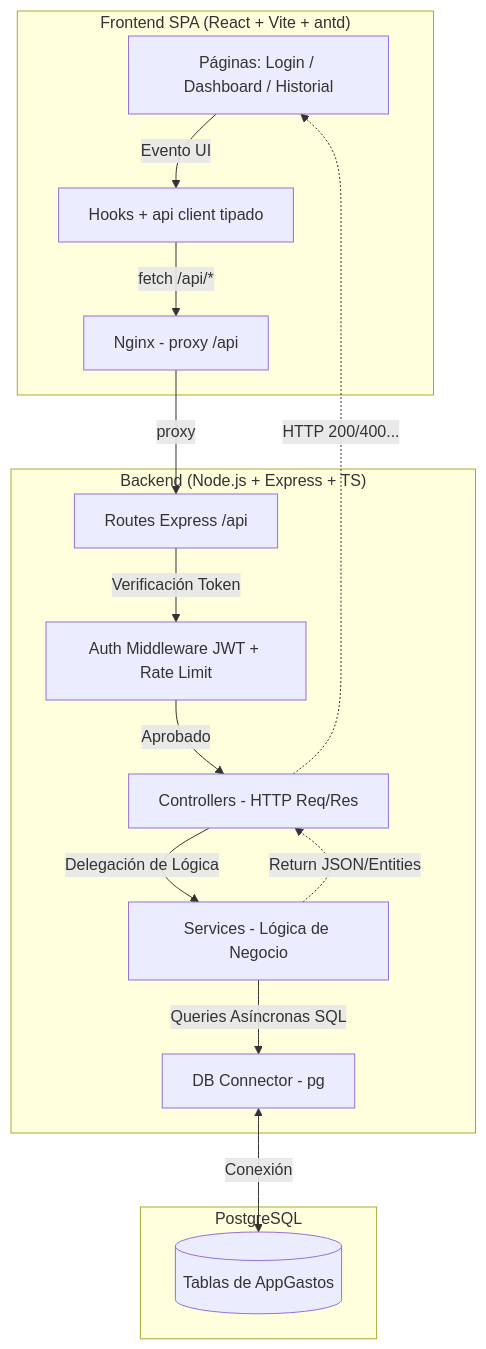
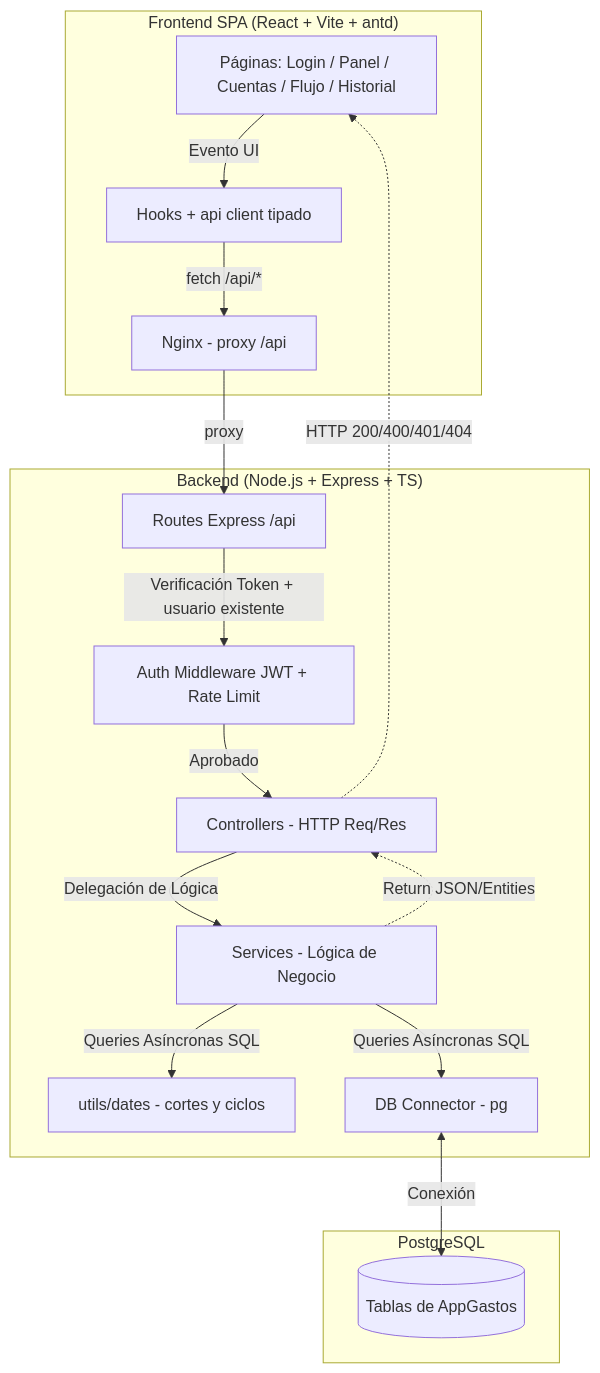
Before and after one commit to Dvl-Sant/app-gastos: the first of 7 diagrams in docs/architecture.md, drawn with Mermaid. The commit also changed other lines of this file and 1 other file, not shown here.

````diff
--- a/docs/architecture.md
+++ b/docs/architecture.md
@@ -9,37 +9,39 @@
 ```mermaid
 graph TD
     %% Nodos Frontend
     subgraph Frontend["Frontend SPA (React + Vite + antd)"]
-        UI[Páginas: Login / Dashboard / Historial]
+        UI[Páginas: Login / Panel / Cuentas / Flujo / Historial]
         Hooks[Hooks + api client tipado]
         Nginx[Nginx - proxy /api]
     end
 
     %% Nodos Backend
     subgraph Backend["Backend (Node.js + Express + TS)"]
         Routes[Routes Express /api]
         Middleware[Auth Middleware JWT + Rate Limit]
         Ctrl[Controllers - HTTP Req/Res]
         Serv[Services - Lógica de Negocio]
+        Dates[utils/dates - cortes y ciclos]
         DB_Config[DB Connector - pg]
     end
 
     %% Nodo Database
     subgraph Database["PostgreSQL"]
         DB[(Tablas de AppGastos)]
     end
 
     %% Relaciones
     UI -->|Evento UI| Hooks
     Hooks -->|fetch /api/*| Nginx
     Nginx -->|proxy| Routes
-    Routes -->|Verificación Token| Middleware
+    Routes -->|Verificación Token + usuario existente| Middleware
     Middleware -->|Aprobado| Ctrl
     Ctrl -->|Delegación de Lógica| Serv
+    Serv -->|Queries Asíncronas SQL| Dates
     Serv -->|Queries Asíncronas SQL| DB_Config
     DB_Config <-->|Conexión| DB
-    
+
     %% Retornos
     Serv -.->|Return JSON/Entities| Ctrl
-    Ctrl -.->|HTTP 200/400...| UI
+    Ctrl -.->|HTTP 200/400/401/404| UI
 ```
````
